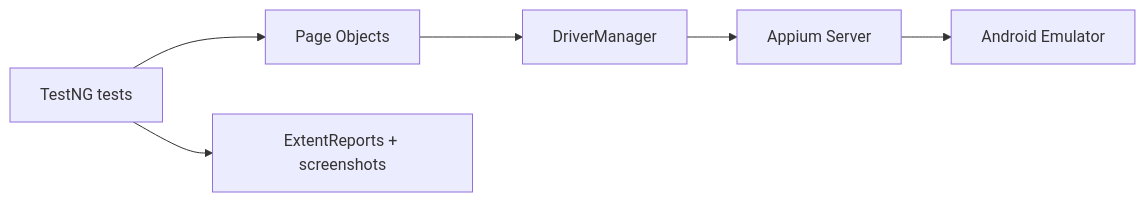
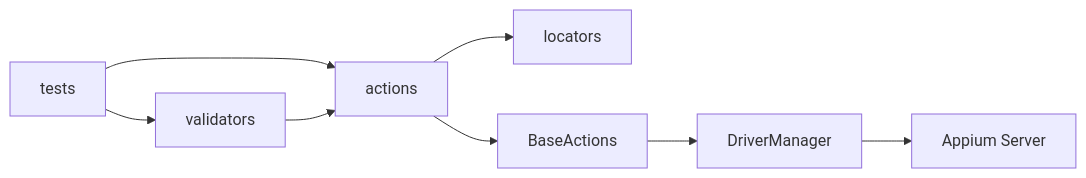
Before and after one commit to iprasandeep/mobile-appium-java-framework: the diagram in README.md, drawn with Mermaid. The commit also changed other lines of this file and 23 other files, not shown here.

First line of the commit message:
Refactor into locators, actions, validators, and thin tests.

````diff
--- a/README.md
+++ b/README.md
@@ -19,8 +23,10 @@
 ```mermaid
 flowchart LR
-  TestNG[TestNG tests] --> Pages[Page Objects]
-  Pages --> Driver[DriverManager]
+  Tests[tests] --> Actions[actions]
+  Tests --> Validators[validators]
+  Validators --> Actions
+  Actions --> Locators[locators]
+  Actions --> Base[BaseActions]
+  Base --> Driver[DriverManager]
   Driver --> Appium[Appium Server]
-  Appium --> Emulator[Android Emulator]
-  TestNG --> Reports[ExtentReports + screenshots]
 ```
````
